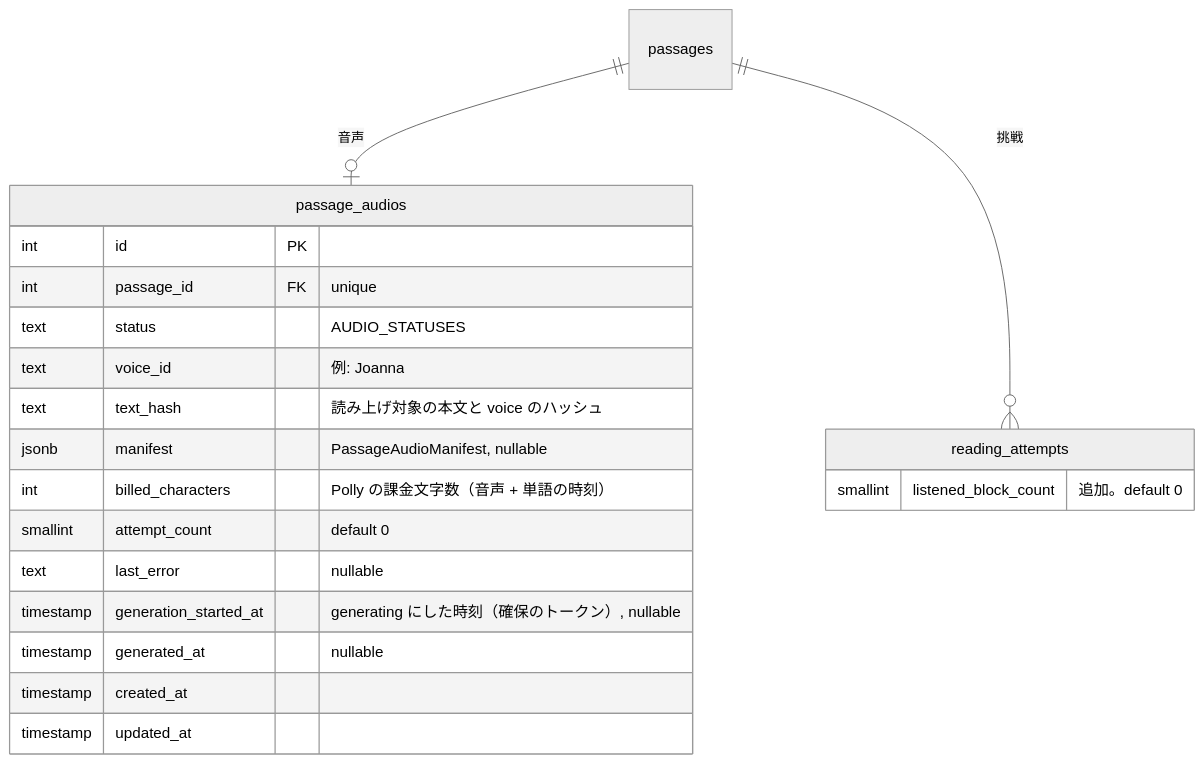
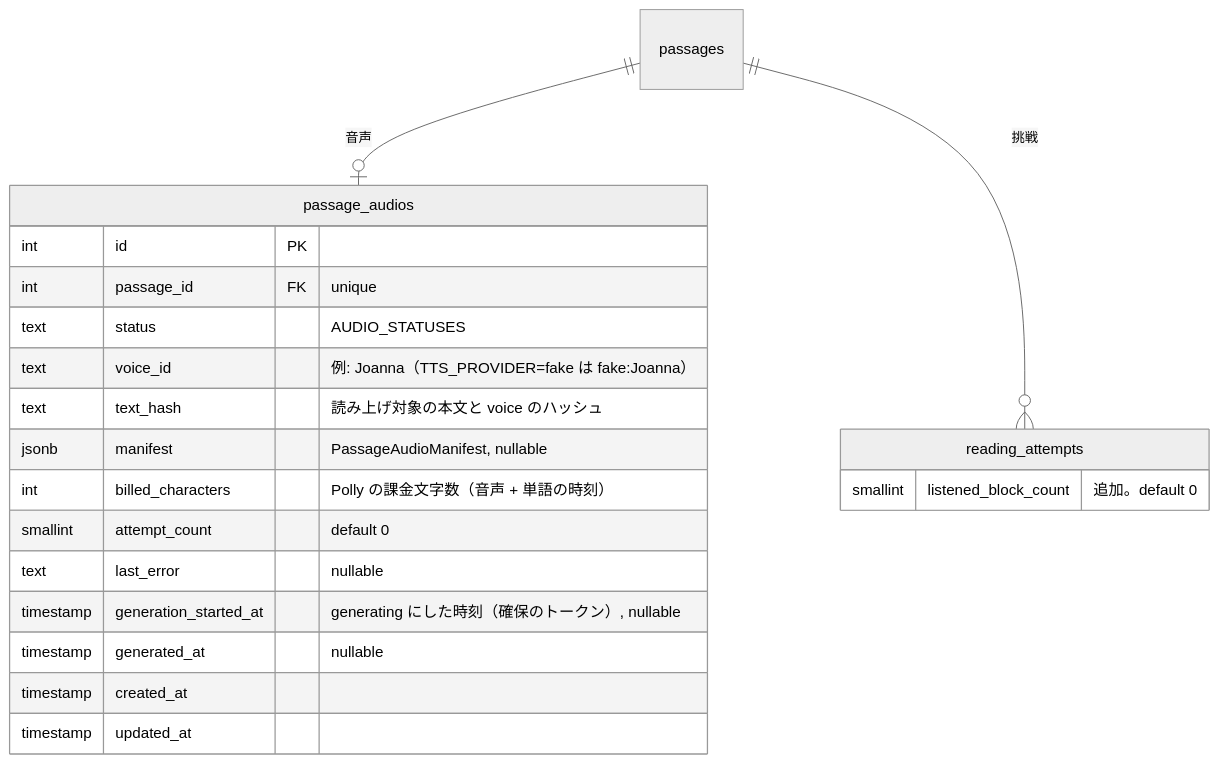
Before and after one commit to kentakki416/tech-english: the second of 3 diagrams in docs/spec/read-aloud/README.md, drawn with Mermaid (neutral theme). The commit also changed other lines of this file and 17 other files, not shown here.

First line of the commit message:
fix(read-aloud): レビュー指摘の修正（保存先の設定の誤りで止める・fake の voice_id を分ける）

````diff
--- a/docs/spec/read-aloud/README.md
+++ b/docs/spec/read-aloud/README.md
@@ -532,24 +533,24 @@
 ```mermaid
 erDiagram
     passages ||--o| passage_audios : "音声"
     passages ||--o{ reading_attempts : "挑戦"
 
     passage_audios {
         int id PK
         int passage_id FK "unique"
         text status "AUDIO_STATUSES"
-        text voice_id "例: Joanna"
+        text voice_id "例: Joanna（TTS_PROVIDER=fake は fake:Joanna）"
         text text_hash "読み上げ対象の本文と voice のハッシュ"
         jsonb manifest "PassageAudioManifest, nullable"
         int billed_characters "Polly の課金文字数（音声 + 単語の時刻）"
         smallint attempt_count "default 0"
         text last_error "nullable"
         timestamp generation_started_at "generating にした時刻（確保のトークン）, nullable"
         timestamp generated_at "nullable"
         timestamp created_at
         timestamp updated_at
     }
     reading_attempts {
         smallint listened_block_count "追加。default 0"
     }
 ```
````
